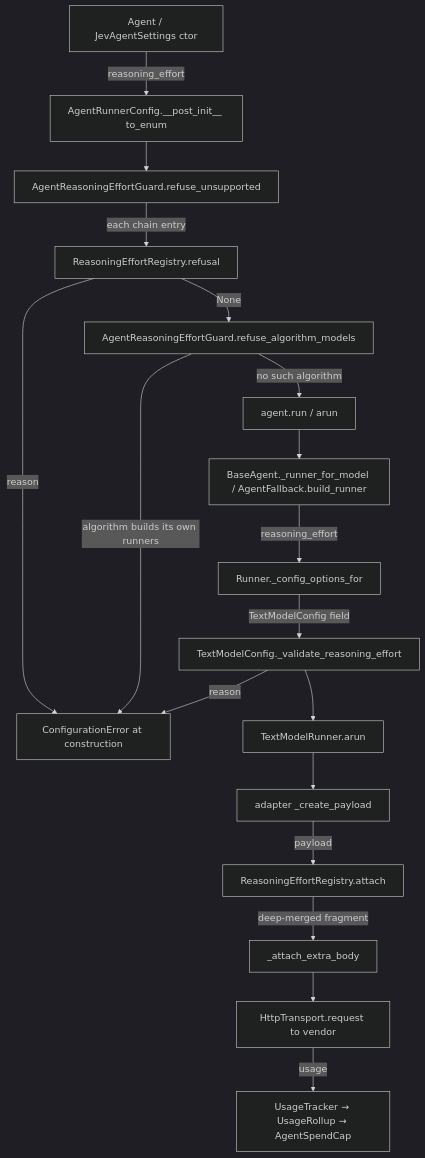
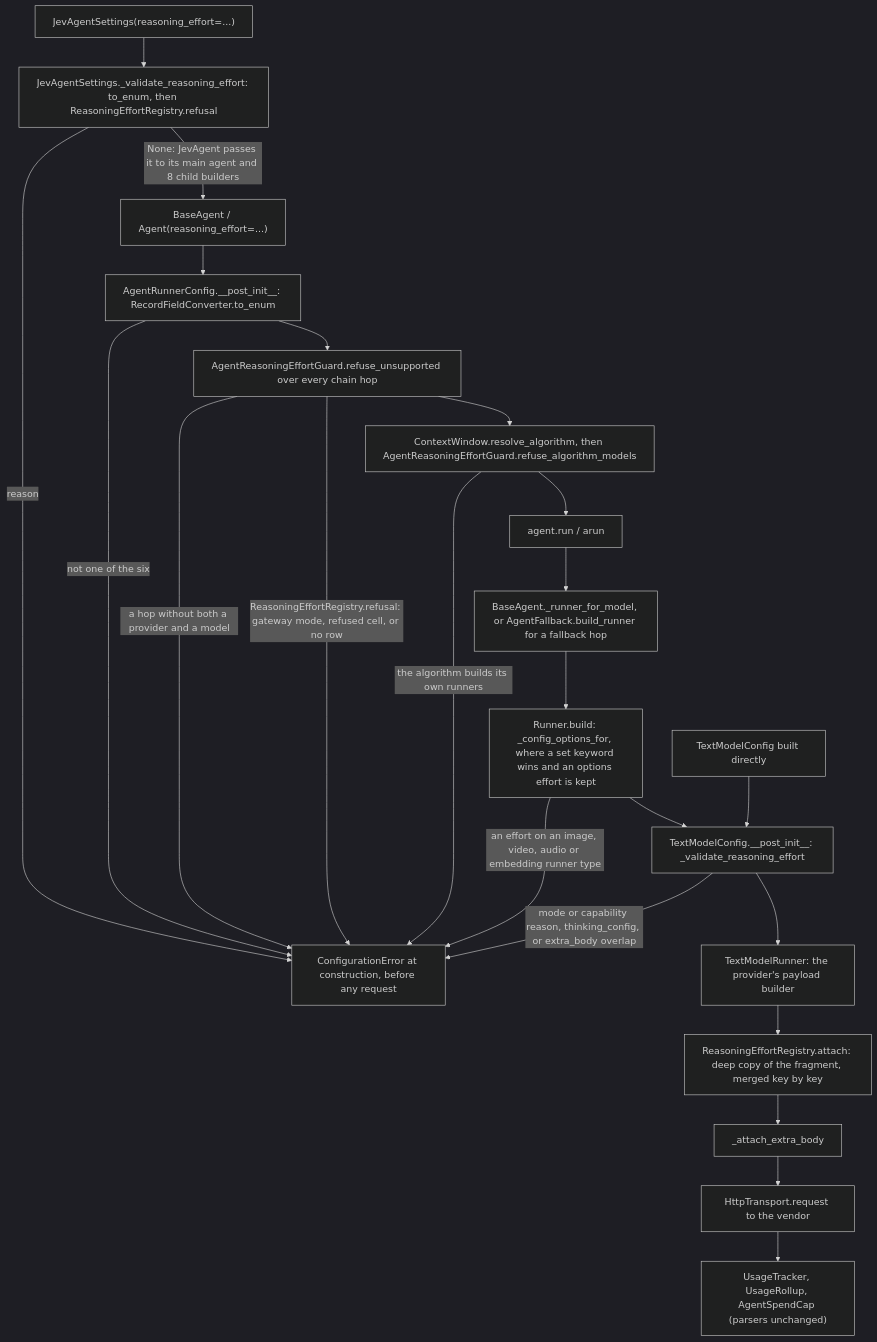
Before and after one commit to cerredz/Vidbyte-SDK: the diagram in docs/spec/agent-reasoning-effort/spec.md, drawn with Mermaid (dark theme). The commit also changed other lines of this file and 3 other files, not shown here.

First line of the commit message:
docs(spec): finalize agent-reasoning-effort for PR

````diff
--- a/docs/spec/agent-reasoning-effort/spec.md
+++ b/docs/spec/agent-reasoning-effort/spec.md
@@ -128,20 +128,25 @@
 ```mermaid
 flowchart TD
-  A[Agent / JevAgentSettings ctor] -->|reasoning_effort| B[AgentRunnerConfig.__post_init__ to_enum]
-  B --> C[AgentReasoningEffortGuard.refuse_unsupported]
-  C -->|each chain entry| D[ReasoningEffortRegistry.refusal]
-  D -->|reason| X[ConfigurationError at construction]
-  D -->|None| C2[AgentReasoningEffortGuard.refuse_algorithm_models]
-  C2 -->|algorithm builds its own runners| X
-  C2 -->|no such algorithm| E[agent.run / arun]
-  E --> F[BaseAgent._runner_for_model / AgentFallback.build_runner]
-  F -->|reasoning_effort| G[Runner._config_options_for]
-  G -->|TextModelConfig field| H[TextModelConfig._validate_reasoning_effort]
-  H -->|reason| X
-  H --> I[TextModelRunner.arun]
-  I --> J[adapter _create_payload]
-  J -->|payload| K[ReasoningEffortRegistry.attach]
-  K -->|deep-merged fragment| L[_attach_extra_body]
-  L --> M[HttpTransport.request to vendor]
-  M -->|usage| N[UsageTracker → UsageRollup → AgentSpendCap]
+  J["JevAgentSettings(reasoning_effort=...)"] --> J1["JevAgentSettings._validate_reasoning_effort: to_enum, then ReasoningEffortRegistry.refusal"]
+  J1 -->|"reason"| X["ConfigurationError at construction, before any request"]
+  J1 -->|"None: JevAgent passes it to its main agent and 8 child builders"| A
+  A["BaseAgent / Agent(reasoning_effort=...)"] --> B["AgentRunnerConfig.__post_init__: RecordFieldConverter.to_enum"]
+  B -->|"not one of the six"| X
+  B --> C["AgentReasoningEffortGuard.refuse_unsupported over every chain hop"]
+  C -->|"a hop without both a provider and a model"| X
+  C -->|"ReasoningEffortRegistry.refusal: gateway mode, refused cell, or no row"| X
+  C --> C2["ContextWindow.resolve_algorithm, then AgentReasoningEffortGuard.refuse_algorithm_models"]
+  C2 -->|"the algorithm builds its own runners"| X
+  C2 --> E["agent.run / arun"]
+  E --> F["BaseAgent._runner_for_model, or AgentFallback.build_runner for a fallback hop"]
+  F --> G["Runner.build: _config_options_for, where a set keyword wins and an options effort is kept"]
+  G -->|"an effort on an image, video, audio or embedding runner type"| X
+  G --> H["TextModelConfig.__post_init__: _validate_reasoning_effort"]
+  T["TextModelConfig built directly"] --> H
+  H -->|"mode or capability reason, thinking_config, or extra_body overlap"| X
+  H --> I["TextModelRunner: the provider's payload builder"]
+  I --> K["ReasoningEffortRegistry.attach: deep copy of the fragment, merged key by key"]
+  K --> L["_attach_extra_body"]
+  L --> M["HttpTransport.request to the vendor"]
+  M --> N["UsageTracker, UsageRollup, AgentSpendCap (parsers unchanged)"]
 ```
````
